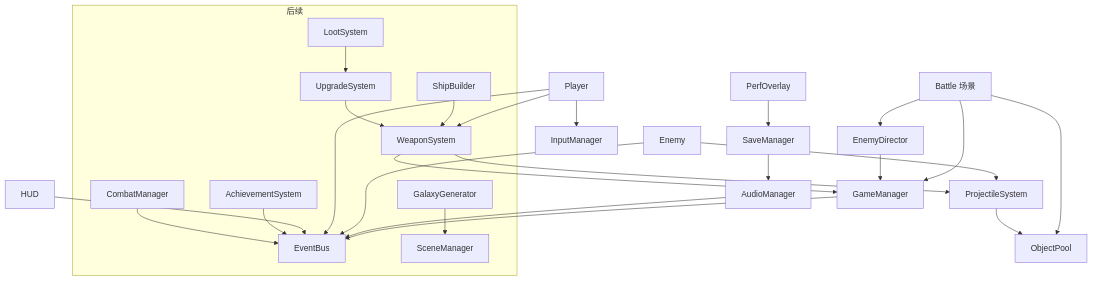
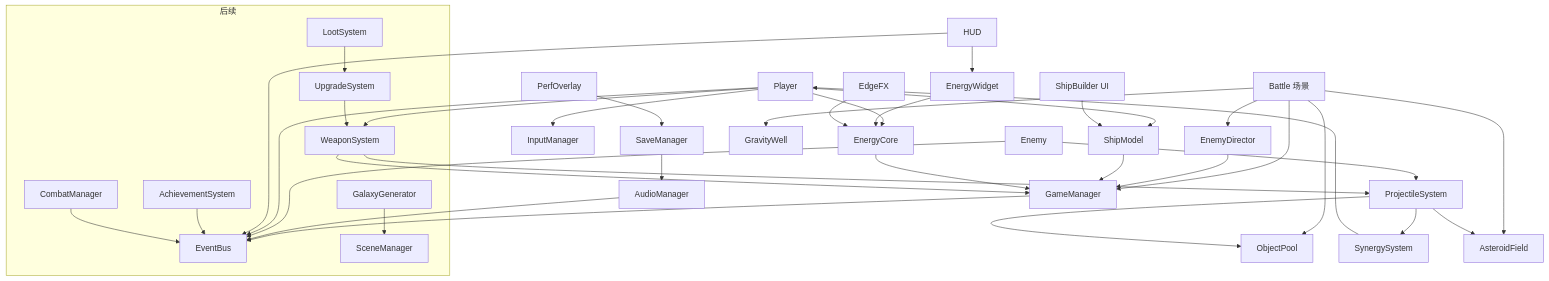
The diagram in ARCHITECTURE.md (HenZenKuriRIP/cahouse), drawn with Mermaid before and after one commit. The commit also changed other lines of this file and 37 other files, not shown here.

Commit message:
Phase 2: energy core, overload, modular ship + builder, 4 weapons, 3 synergies, asteroid field, autotest

````diff
--- a/ARCHITECTURE.md
+++ b/ARCHITECTURE.md
@@ -65,29 +84,40 @@
 ```mermaid
 graph TD
   GM[GameManager] --> EB[EventBus]
   IM[InputManager]
   SM[SaveManager] --> AM[AudioManager]
   AM --> EB
   B[Battle 场景] --> GM
   B --> OP[ObjectPool]
   B --> ED[EnemyDirector]
   ED --> GM
   P[Player] --> IM
   P --> W[WeaponSystem]
   W --> GM
   W --> PS[ProjectileSystem]
   PS --> OP
   E[Enemy] --> PS
   E --> EB
   P --> EB
   HUD --> EB
   PO[PerfOverlay] --> SM
+  P --> SHM[ShipModel]
+  P --> EC[EnergyCore]
+  SHM --> GM
+  EC --> GM
+  PS --> SYN[SynergySystem]
+  SYN --> P
+  B --> AF[AsteroidField]
+  PS --> AF
+  B --> GW[GravityWell]
+  SBUI[ShipBuilder UI] --> SHM
+  HUD --> EW[EnergyWidget] --> EC
+  EFX[EdgeFX] --> EC
   subgraph 后续
-    SB[ShipBuilder] --> W
     US[UpgradeSystem] --> W
     GG[GalaxyGenerator] --> SCM[SceneManager]
     LS[LootSystem] --> US
     ACH[AchievementSystem] --> EB
     CM[CombatManager] --> EB
   end
 ```
````
